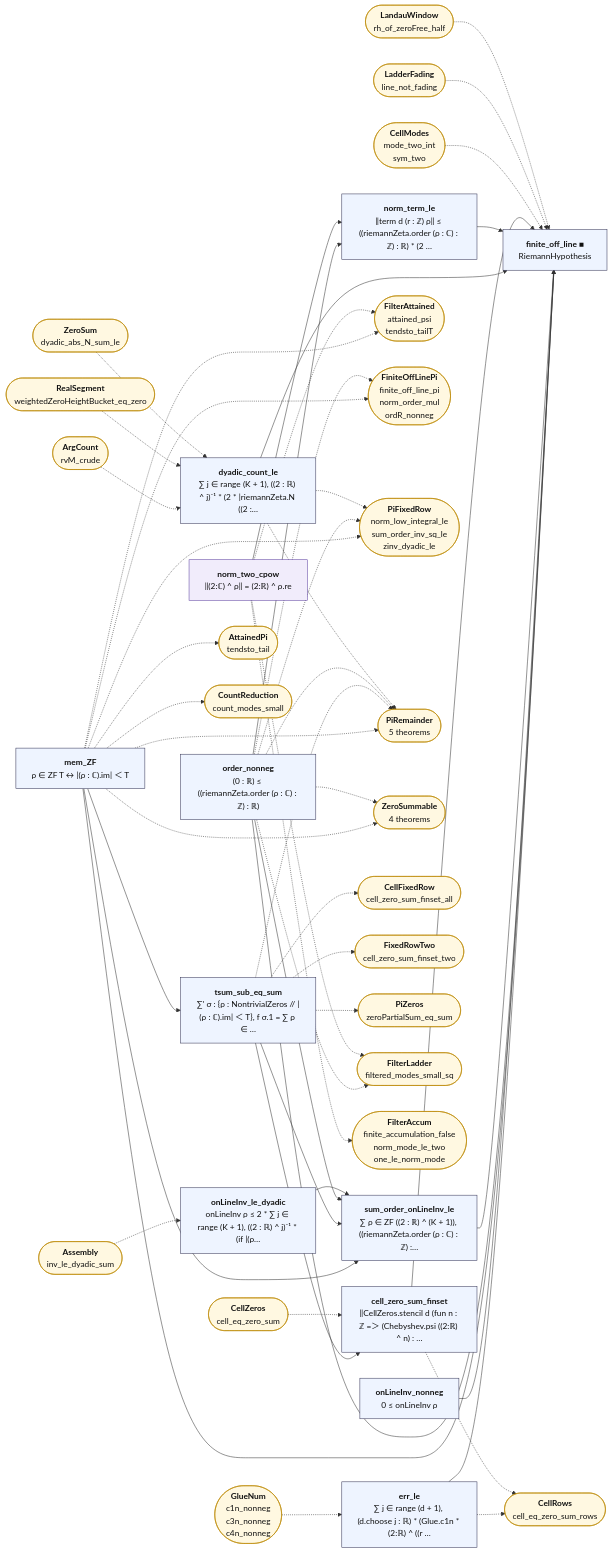
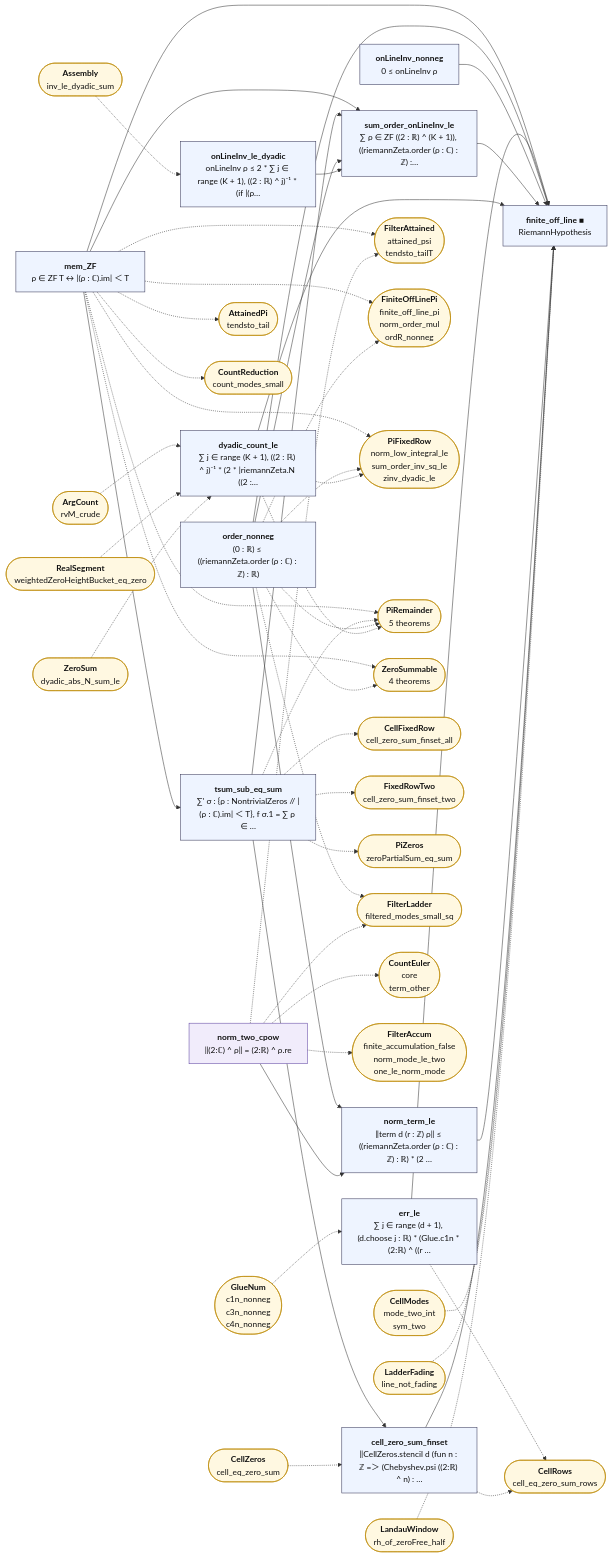
The diagram in map/lean_stage3/FiniteOffLine.mmd (juliansambranojr/Primebeat_081426), drawn with Mermaid before and after one commit. The commit also changed 39 other files, not shown here.

First line of the commit message:
Block N3-E: on the count's ladder no mode lies strictly outside a disc holding the others (unit 0471)

```diff
--- a/map/lean_stage3/FiniteOffLine.mmd
+++ b/map/lean_stage3/FiniteOffLine.mmd
@@ -1,91 +1,93 @@
 flowchart LR
   n0["<b>mem_ZF</b><br/>ρ ∈ ZF T ↔ |(ρ : ℂ).im| ＜ T"]:::thm
   n1["<b>tsum_sub_eq_sum</b><br/>∑' σ : {ρ : NontrivialZeros // |(ρ : ℂ).im| ＜ T}, f σ.1 = ∑ ρ ∈ …"]:::thm
   n2["<b>order_nonneg</b><br/>(0 : ℝ) ≤ ((riemannZeta.order (ρ : ℂ) : ℤ) : ℝ)"]:::thm
   n3["<b>onLineInv_nonneg</b><br/>0 ≤ onLineInv ρ"]:::thm
   n4["<b>onLineInv_le_dyadic</b><br/>onLineInv ρ ≤ 2 * ∑ j ∈ range (K + 1), ((2 : ℝ) ^ j)⁻¹ * (if |(ρ…"]:::thm
   n5["<b>sum_order_onLineInv_le</b><br/>∑ ρ ∈ ZF ((2 : ℝ) ^ (K + 1)), ((riemannZeta.order (ρ : ℂ) : ℤ) :…"]:::thm
   n6["<b>dyadic_count_le</b><br/>∑ j ∈ range (K + 1), ((2 : ℝ) ^ j)⁻¹ * (2 * |riemannZeta.N ((2 :…"]:::thm
   n7["<b>norm_two_cpow</b><br/>‖(2:ℂ) ^ ρ‖ = (2:ℝ) ^ ρ.re"]:::shp
   n8["<b>norm_term_le</b><br/>‖term d (r : ℤ) ρ‖ ≤ ((riemannZeta.order (ρ : ℂ) : ℤ) : ℝ) * (2 …"]:::thm
   n9["<b>cell_zero_sum_finset</b><br/>‖CellZeros.stencil d (fun n : ℤ =＞ (Chebyshev.psi ((2:ℝ) ^ n) : …"]:::thm
   n10["<b>err_le</b><br/>∑ j ∈ range (d + 1), (d.choose j : ℝ) * (Glue.c1n * (2:ℝ) ^ ((r …"]:::thm
   n11["<b>finite_off_line ■</b><br/>RiemannHypothesis"]:::thm
   x0(["<b>AttainedPi</b><br/>tendsto_tail"]):::ext
   x1(["<b>CountReduction</b><br/>count_modes_small"]):::ext
   x2(["<b>FilterAttained</b><br/>attained_psi<br/>tendsto_tailT"]):::ext
   x3(["<b>FiniteOffLinePi</b><br/>finite_off_line_pi<br/>norm_order_mul<br/>ordR_nonneg"]):::ext
   x4(["<b>PiFixedRow</b><br/>norm_low_integral_le<br/>sum_order_inv_sq_le<br/>zinv_dyadic_le"]):::ext
   x5(["<b>PiRemainder</b><br/>5 theorems"]):::ext
   x6(["<b>ZeroSummable</b><br/>4 theorems"]):::ext
   x7(["<b>CellFixedRow</b><br/>cell_zero_sum_finset_all"]):::ext
   x8(["<b>FixedRowTwo</b><br/>cell_zero_sum_finset_two"]):::ext
   x9(["<b>PiZeros</b><br/>zeroPartialSum_eq_sum"]):::ext
   x10(["<b>FilterLadder</b><br/>filtered_modes_small_sq"]):::ext
   x11(["<b>Assembly</b><br/>inv_le_dyadic_sum"]):::ext
   x12(["<b>ArgCount</b><br/>rvM_crude"]):::ext
   x13(["<b>RealSegment</b><br/>weightedZeroHeightBucket_eq_zero"]):::ext
   x14(["<b>ZeroSum</b><br/>dyadic_abs_N_sum_le"]):::ext
-  x15(["<b>FilterAccum</b><br/>finite_accumulation_false<br/>norm_mode_le_two<br/>one_le_norm_mode"]):::ext
-  x16(["<b>CellZeros</b><br/>cell_eq_zero_sum"]):::ext
-  x17(["<b>CellRows</b><br/>cell_eq_zero_sum_rows"]):::ext
-  x18(["<b>GlueNum</b><br/>c1n_nonneg<br/>c3n_nonneg<br/>c4n_nonneg"]):::ext
-  x19(["<b>CellModes</b><br/>mode_two_int<br/>sym_two"]):::ext
-  x20(["<b>LadderFading</b><br/>line_not_fading"]):::ext
-  x21(["<b>LandauWindow</b><br/>rh_of_zeroFree_half"]):::ext
+  x15(["<b>CountEuler</b><br/>core<br/>term_other"]):::ext
+  x16(["<b>FilterAccum</b><br/>finite_accumulation_false<br/>norm_mode_le_two<br/>one_le_norm_mode"]):::ext
+  x17(["<b>CellZeros</b><br/>cell_eq_zero_sum"]):::ext
+  x18(["<b>CellRows</b><br/>cell_eq_zero_sum_rows"]):::ext
+  x19(["<b>GlueNum</b><br/>c1n_nonneg<br/>c3n_nonneg<br/>c4n_nonneg"]):::ext
+  x20(["<b>CellModes</b><br/>mode_two_int<br/>sym_two"]):::ext
+  x21(["<b>LadderFading</b><br/>line_not_fading"]):::ext
+  x22(["<b>LandauWindow</b><br/>rh_of_zeroFree_half"]):::ext
   n0 --> n1
   n0 --> n11
   n0 --> n5
   n1 --> n5
   n1 --> n9
   n10 --> n11
   n2 --> n11
   n2 --> n5
   n2 --> n8
   n3 --> n11
   n4 --> n5
   n5 --> n11
   n6 --> n11
   n7 --> n8
   n8 --> n11
   n9 --> n11
   n0 -.-> x0
   n0 -.-> x1
   n0 -.-> x2
   n0 -.-> x3
   n0 -.-> x4
   n0 -.-> x5
   n0 -.-> x6
   n1 -.-> x5
   n1 -.-> x7
   n1 -.-> x8
   n1 -.-> x9
-  n10 -.-> x17
+  n10 -.-> x18
   n2 -.-> x10
   n2 -.-> x3
   n2 -.-> x4
   n2 -.-> x5
   n2 -.-> x6
   n6 -.-> x4
   n6 -.-> x5
   n7 -.-> x10
   n7 -.-> x15
+  n7 -.-> x16
   n7 -.-> x2
-  n9 -.-> x17
+  n9 -.-> x18
   x11 -.-> n4
   x12 -.-> n6
   x13 -.-> n6
   x14 -.-> n6
-  x16 -.-> n9
-  x18 -.-> n10
-  x19 -.-> n11
+  x17 -.-> n9
+  x19 -.-> n10
   x20 -.-> n11
   x21 -.-> n11
+  x22 -.-> n11
   classDef cnt fill:#dff5ec,stroke:#17694a,color:#111
   classDef shp fill:#f1ecfb,stroke:#5b3fa0,color:#111
   classDef rh fill:#ffe5e5,stroke:#c22,color:#111,stroke-width:2px
   classDef thm fill:#eef4ff,stroke:#335,color:#111
   classDef end_ fill:#e7f7e7,stroke:#2a7,color:#111,stroke-width:2px
   classDef lone fill:#fff,stroke:#999,color:#111,stroke-dasharray:4 3
   classDef bad fill:#ffe5e5,stroke:#c22,color:#111,stroke-width:2px
   classDef ext fill:#fff8e1,stroke:#b80,color:#111
```
